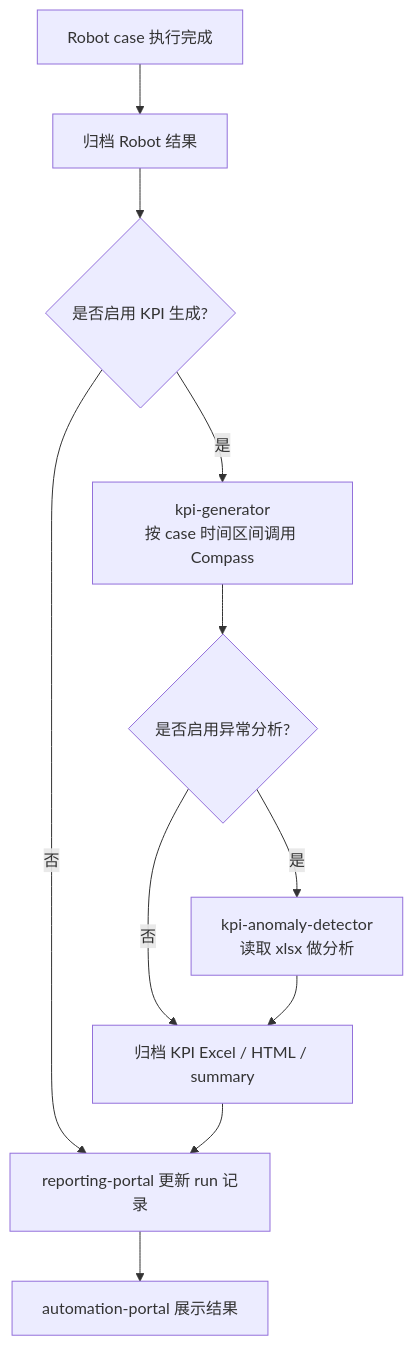
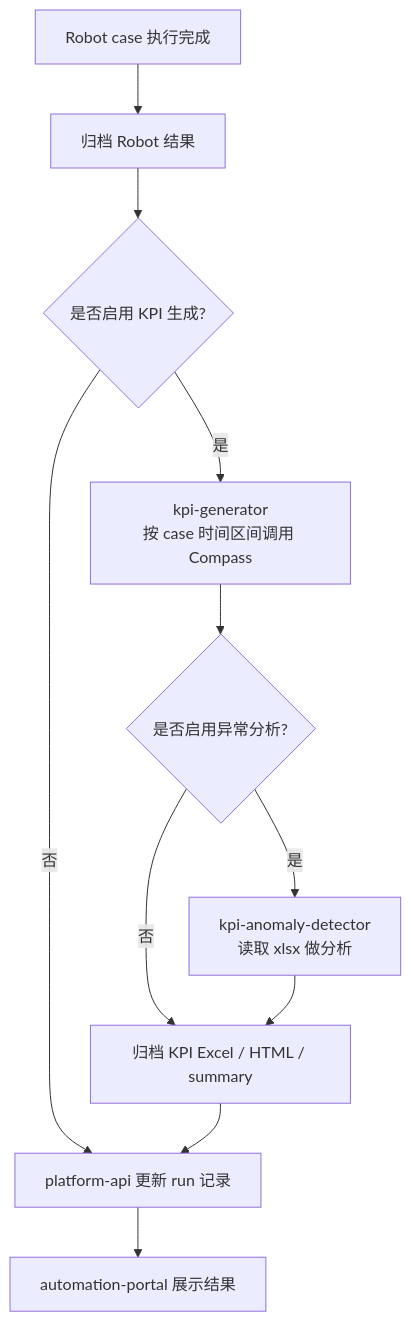
Before and after one commit to stella555359/jenkins_robotframework: the fourth of 4 diagrams in docs/jekins_lightweight.md, drawn with Mermaid. The commit also changed other lines of this file and 8 other files, not shown here.

Commit message:
rename reporting portal to flatform-api

````diff
--- a/docs/jekins_lightweight.md
+++ b/docs/jekins_lightweight.md
@@ -1696,19 +1696,19 @@
 ```mermaid
 flowchart TB
     T1["Robot case 执行完成"]
     T2["归档 Robot 结果"]
     T3{"是否启用 KPI 生成?"}
     T4["kpi-generator<br/>按 case 时间区间调用 Compass"]
     T5{"是否启用异常分析?"}
     T6["kpi-anomaly-detector<br/>读取 xlsx 做分析"]
     T7["归档 KPI Excel / HTML / summary"]
-    T8["reporting-portal 更新 run 记录"]
+    T8["platform-api 更新 run 记录"]
     T9["automation-portal 展示结果"]
 
     T1 --> T2 --> T3
     T3 -- 否 --> T8
     T3 -- 是 --> T4 --> T5
     T5 -- 否 --> T7
     T5 -- 是 --> T6 --> T7
     T7 --> T8 --> T9
 ```
````
